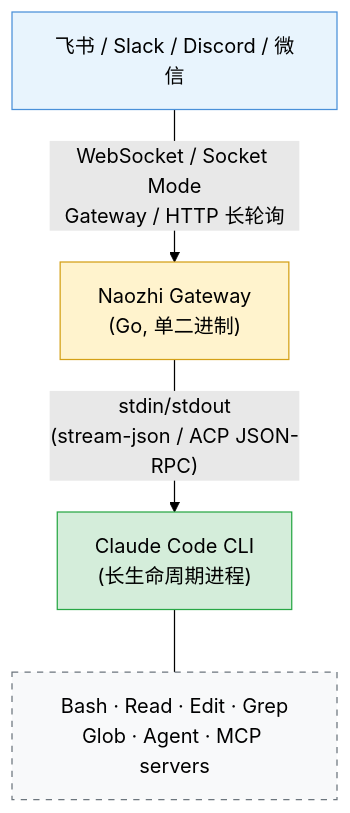
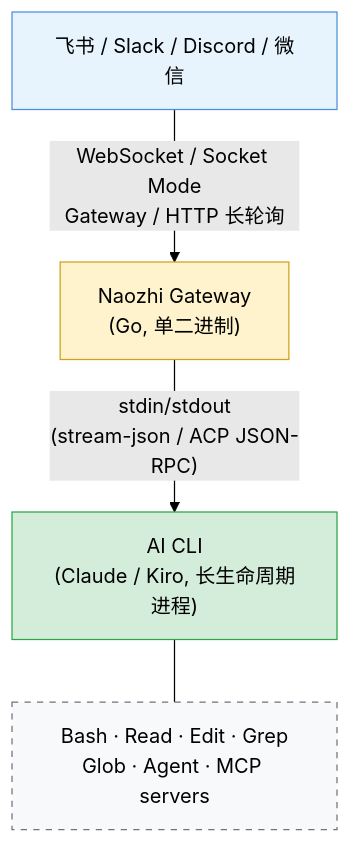
Before and after one commit to KevinZhao/naozhi: the first of 3 diagrams in README.md, drawn with Mermaid (forest theme). The commit also changed other lines of this file, not shown here.

````diff
--- a/README.md
+++ b/README.md
@@ -23,16 +24,16 @@
 ```mermaid
 graph TD
     IM["飞书 / Slack / Discord / 微信"]
     GW["Naozhi Gateway<br/>(Go, 单二进制)"]
-    CLI["Claude Code CLI<br/>(长生命周期进程)"]
+    CLI["AI CLI<br/>(Claude / Kiro, 长生命周期进程)"]
     TOOLS["Bash · Read · Edit · Grep<br/>Glob · Agent · MCP servers"]
 
     IM -- "WebSocket / Socket Mode<br/>Gateway / HTTP 长轮询" --> GW
     GW -- "stdin/stdout<br/>(stream-json / ACP JSON-RPC)" --> CLI
     CLI --- TOOLS
 
     style IM fill:#e8f4fd,stroke:#4a90d9
     style GW fill:#fff3cd,stroke:#d4a017
     style CLI fill:#d4edda,stroke:#28a745
     style TOOLS fill:#f8f9fa,stroke:#6c757d,stroke-dasharray: 5 5
 ```
````
